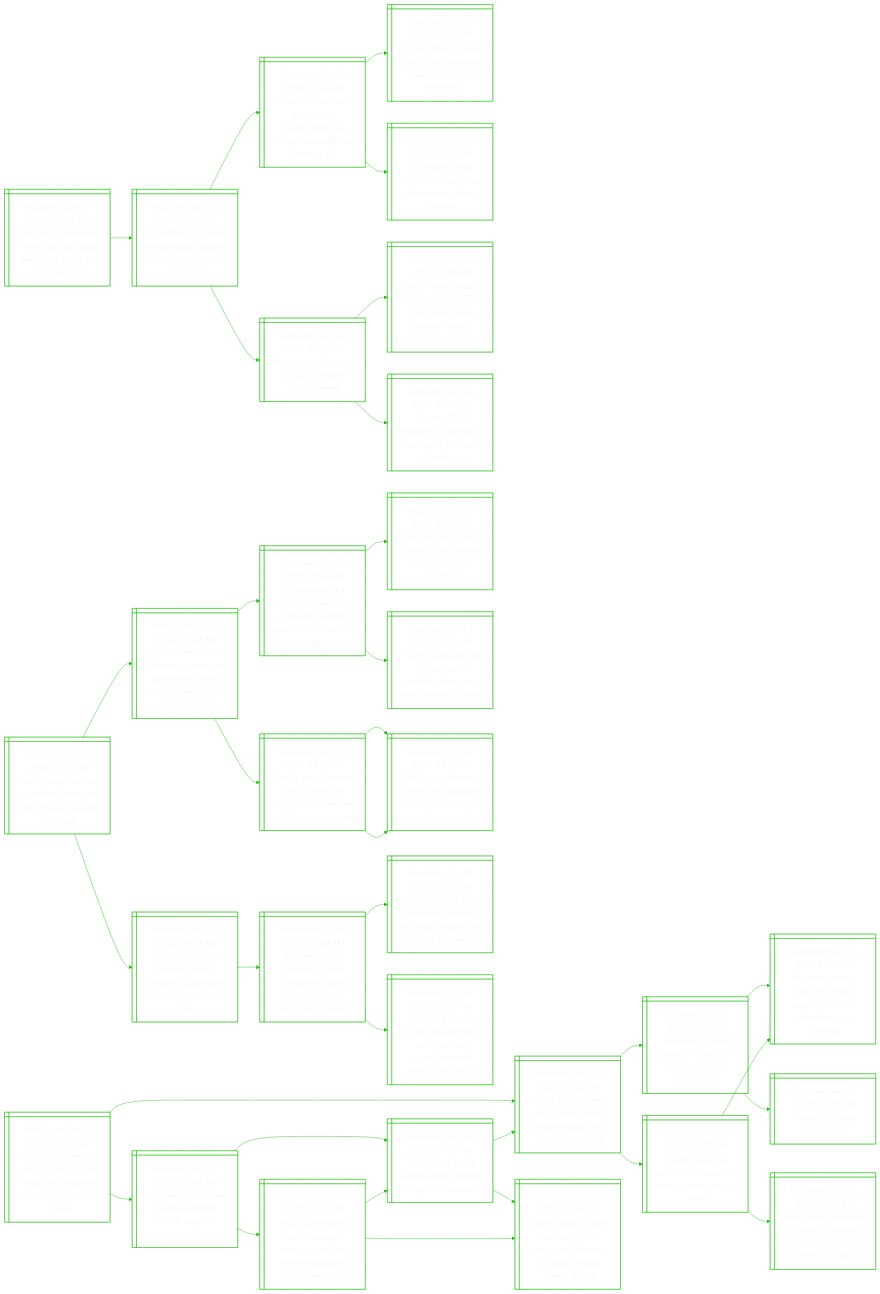
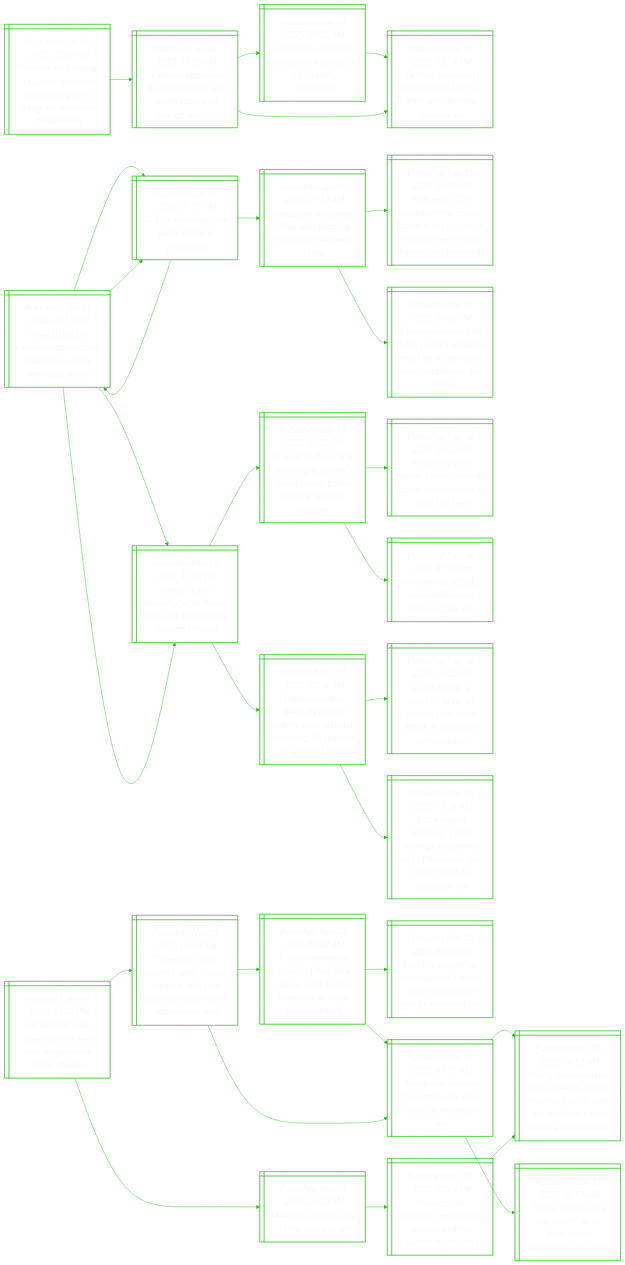
One commit to notJmes/notJmes changed the diagram in README.md. Above: the diagram before and after it, drawn with Mermaid. The commit also changed other lines of this file, not shown here.

````diff
--- a/README.md
+++ b/README.md
@@ -16,112 +16,100 @@
 flowchart LR
 classDef txtsize font-size:20px;
 
-UedIlbiecaoWie@{ shape: win-pane, label: "_Published Jan 01, 2026, 09:14 AM_
-Un chief condemns israeli law blocking electricity, water for unrwa facilities" }
-Udiarutahu@{ shape: win-pane, label: "_Published Dec 29, 2025, 07:26 PM_
-Us pledges $2.6b in humanitarian support to un after huge cuts in 2025" }
-Uwrgyeasuaaura@{ shape: win-pane, label: "_Published Feb 28, 2025, 01:14 AM_
-Usaid workers say goodbye to headquarters as trump drastically cuts foreign aid" }
-Taitahnetidr@{ shape: win-pane, label: "_Published Feb 27, 2025, 09:53 AM_
-Trump administration says it has cancelled most foreign aid contracts" }
-Uuoenidrpri@{ shape: win-pane, label: "_Published Jan 25, 2025, 03:12 AM_
-Us issues broad freeze on foreign aid after trump orders review" }
-Usierian@{ shape: win-pane, label: "_Published Dec 08, 2025, 01:06 PM_
-Un cuts its aid appeal for 2026 despite soaring need" }
-TfsoaeivtacWudfa@{ shape: win-pane, label: "_Published Dec 03, 2025, 03:40 PM_
-Tens of thousands of gazans need medical evacuation, says doctors without borders official" }
-UsloolAfoia@{ shape: win-pane, label: "_Published Dec 06, 2025, 01:00 AM_
-Us sets 2027 deadline for europe to lead nato defence, officials say" }
+Fesgueytliuieim@{ shape: win-pane, label: "_Published Jan 01, 2026, 02:30 PM_
+For vietnam’s young, favoured germany vocational path is fraught with greedy middlemen" }
+Vardinlaclone@{ shape: win-pane, label: "_Published Jul 02, 2025, 10:55 AM_
+Vietnam approves dual citizenship law to attract skilled foreign workers" }
+Vapdpysiuit@{ shape: win-pane, label: "_Published Apr 10, 2025, 09:25 AM_
+Vietnam’s expanded visa policy a boost for its tourism, investment" }
+Vautroofattyy@{ shape: win-pane, label: "_Published Feb 28, 2025, 12:14 PM_
+Vietnam to support deportations from us after tariff threats, lawyer says" }
+Vautroofattyy@{ shape: win-pane, label: "_Published Feb 28, 2025, 12:14 PM_
+Vietnam to support deportations from us after tariff threats, lawyer says" }
 
-UedIlbiecaoWie:::txtsize --> Udiarutahu:::txtsize
-Udiarutahu:::txtsize --> Uwrgyeasuaaura:::txtsize
-Uwrgyeasuaaura:::txtsize --> Taitahnetidr:::txtsize
-Uwrgyeasuaaura:::txtsize --> Uuoenidrpri:::txtsize
-Udiarutahu:::txtsize --> Usierian:::txtsize
-Usierian:::txtsize --> TfsoaeivtacWudfa:::txtsize
-Usierian:::txtsize --> UsloolAfoia:::txtsize
+Fesgueytliuieim:::txtsize --> Vardinlaclone:::txtsize
+Vardinlaclone:::txtsize --> Vapdpysiuit:::txtsize
+Vapdpysiuit:::txtsize --> Vautroofattyy:::txtsize
+Vardinlaclone:::txtsize --> Vautroofattyy:::txtsize
 
-TsaarnoriLPa@{ shape: win-pane, label: "_Published Jan 01, 2026, 08:10 AM_
-Trump says national guard being removed from chicago, la and portland" }
-Taiteeiwniinorem@{ shape: win-pane, label: "_Published Oct 06, 2025, 12:28 AM_
-Trump administration declares us cities war zones amid rising tension over troop deployment" }
-UgcuemfoiGttfw@{ shape: win-pane, label: "_Published Oct 05, 2025, 09:28 AM_
-Us judge blocks trump’s deployment of oregon national guard to portland for now" }
-OntpplnStol@{ shape: win-pane, label: "_Published Sep 29, 2025, 07:15 AM_
-Oregon sues to stop trump’s deployment of us military to portland" }
-Twtfattaawrtr@{ shape: win-pane, label: "_Published Oct 04, 2025, 09:32 AM_
-Trump wants to cut federal aid to portland as his anger with protesters grows" }
-BronomCgrtonpn@{ shape: win-pane, label: "_Published Oct 05, 2025, 05:40 AM_
-Border patrol agents shoot woman in chicago as protesters confront ice personnel" }
-Pefttrshoatev@{ shape: win-pane, label: "_Published Oct 04, 2025, 03:30 AM_
-Police scuffle with protesters outside chicago ice facility, arrest several" }
-Pefttrshoatev@{ shape: win-pane, label: "_Published Oct 04, 2025, 03:30 AM_
-Police scuffle with protesters outside chicago ice facility, arrest several" }
-Uroespidyicrr@{ shape: win-pane, label: "_Published Dec 24, 2025, 06:14 AM_
-Us supreme court rejects trump’s military deployment in chicago area, for now" }
-NnaioraTcfiDrlr@{ shape: win-pane, label: "_Published Oct 09, 2025, 09:58 AM_
-National guard poised to enter chicago as trump calls for jailing democratic leaders" }
-TcfiDrlrrprCgln@{ shape: win-pane, label: "_Published Oct 08, 2025, 09:31 PM_
-Trump calls for jailing democratic leaders as troops prepare for chicago deployment" }
-TsanIroeahwhcce@{ shape: win-pane, label: "_Published Oct 08, 2025, 12:02 AM_
-Trump’s threat to invoke insurrection act escalates showdown with democratic cities" }
+Sadpowkownto@{ shape: win-pane, label: "_Published Jan 01, 2026, 02:15 PM_
+Several dead in explosion at swiss ski resort town crans montana: police" }
+ieerychp@{ shape: win-pane, label: "_Published Jan 01, 2026, 01:59 PM_
+22 injured in new year party attack in philippines" }
+Sadpowkownto@{ shape: win-pane, label: "_Published Jan 01, 2026, 02:15 PM_
+Several dead in explosion at swiss ski resort town crans montana: police" }
+ieerychp@{ shape: win-pane, label: "_Published Jan 01, 2026, 01:59 PM_
+22 injured in new year party attack in philippines" }
+BBsiaaoeoevod@{ shape: win-pane, label: "_Published Dec 19, 2025, 11:05 PM_
+Bondi beach shooting: what it says about the terror threat moving forward" }
+Speehlirane@{ shape: win-pane, label: "_Published Jan 01, 2026, 01:13 AM_
+Singapore welcomes 2026 with dazzling fireworks, heartland cheer" }
+Nanniocosniyaeo@{ shape: win-pane, label: "_Published Dec 31, 2025, 08:06 PM_
+New year 2026 countdowns: police close access to areas around marina bay, kallang due to crowds" }
+SemwrybrdapiW@{ shape: win-pane, label: "_Published Dec 31, 2025, 06:00 PM_
+S’pore economy grew 4.8% in 2025, strategy must be refreshed to stay competitive: pm wong" }
+BBsiaaoeoevod@{ shape: win-pane, label: "_Published Dec 19, 2025, 11:05 PM_
+Bondi beach shooting: what it says about the terror threat moving forward" }
+Asdrttenaleeoie@{ shape: win-pane, label: "_Published Dec 14, 2025, 04:30 PM_
+At least 16 dead after shooting at sydney’s bondi beach; police declare ‘terrorist incident’" }
+Prolmnnaogee@{ shape: win-pane, label: "_Published Dec 14, 2025, 08:54 PM_
+Passer-by who tackled armed man at bondi beach shooting hailed as hero" }
+AeccAaitfw@{ shape: win-pane, label: "_Published Dec 14, 2025, 07:28 PM_
+Anti-semitic attacks in australia since start of gaza war" }
+Frueynnoehnrioa@{ shape: win-pane, label: "_Published Dec 15, 2025, 05:14 AM_
+Father-son duo allegedly behind sydney’s bondi beach shooting; 10-year-old girl among 16 dead" }
+Aolaaunoaksina@{ shape: win-pane, label: "_Published Dec 14, 2025, 10:50 PM_
+‘an act of evil’: at least 16 dead, 40 injured in terrorist attack at australia’s bondi beach" }
+BBsioryeceiWrtta@{ shape: win-pane, label: "_Published Dec 15, 2025, 12:18 AM_
+Bondi beach shooting: s’pore strongly condemns act of terrorism, pm wong writes to australian pm" }
 
-TsaarnoriLPa:::txtsize --> Taiteeiwniinorem:::txtsize
-Taiteeiwniinorem:::txtsize --> UgcuemfoiGttfw:::txtsize
-UgcuemfoiGttfw:::txtsize --> OntpplnStol:::txtsize
-UgcuemfoiGttfw:::txtsize --> Twtfattaawrtr:::txtsize
-Taiteeiwniinorem:::txtsize --> BronomCgrtonpn:::txtsize
-BronomCgrtonpn:::txtsize --> Pefttrshoatev:::txtsize
-BronomCgrtonpn:::txtsize --> Pefttrshoatev:::txtsize
-TsaarnoriLPa:::txtsize --> Uroespidyicrr:::txtsize
-Uroespidyicrr:::txtsize --> NnaioraTcfiDrlr:::txtsize
-NnaioraTcfiDrlr:::txtsize --> TcfiDrlrrprCgln:::txtsize
-NnaioraTcfiDrlr:::txtsize --> TsanIroeahwhcce:::txtsize
+Sadpowkownto:::txtsize --> ieerychp:::txtsize
+ieerychp:::txtsize --> Sadpowkownto:::txtsize
+Sadpowkownto:::txtsize --> ieerychp:::txtsize
+Sadpowkownto:::txtsize --> BBsiaaoeoevod:::txtsize
+ieerychp:::txtsize --> Speehlirane:::txtsize
+Speehlirane:::txtsize --> Nanniocosniyaeo:::txtsize
+Speehlirane:::txtsize --> SemwrybrdapiW:::txtsize
+Sadpowkownto:::txtsize --> BBsiaaoeoevod:::txtsize
+BBsiaaoeoevod:::txtsize --> Asdrttenaleeoie:::txtsize
+Asdrttenaleeoie:::txtsize --> Prolmnnaogee:::txtsize
+Asdrttenaleeoie:::txtsize --> AeccAaitfw:::txtsize
+BBsiaaoeoevod:::txtsize --> Frueynnoehnrioa:::txtsize
+Frueynnoehnrioa:::txtsize --> Aolaaunoaksina:::txtsize
+Frueynnoehnrioa:::txtsize --> BBsioryeceiWrtta:::txtsize
 
-Unlyhtwealpnwu@{ shape: win-pane, label: "_Published Jan 01, 2026, 07:29 AM_
-Ukraine’s zelensky says he won’t sign weak deal that will only prolong war with russia" }
-Tskecrokutlyi@{ shape: win-pane, label: "_Published Dec 29, 2025, 07:03 AM_
-Trump says ukraine deal closer but no breakthrough after zelensky meeting" }
-Zsmrnirsrpp@{ shape: win-pane, label: "_Published Dec 28, 2025, 01:05 PM_
-Zelensky to meet trump in florida for talks on ukraine peace plan" }
-RanssdieZsue@{ shape: win-pane, label: "_Published Dec 27, 2025, 08:49 AM_
-Russian drones, missiles pound ukraine ahead of zelensky-trump meeting" }
-Tstia@{ shape: win-pane, label: "_Published Nov 21, 2025, 04:26 PM_
-Trump’s 28-point ukraine plan" }
-Tsadvkhnrem@{ shape: win-pane, label: "_Published Dec 29, 2025, 02:09 AM_
-Trump says has 'productive' talks with putin before zelensky meet" }
-RanssdieZsue@{ shape: win-pane, label: "_Published Dec 27, 2025, 08:49 AM_
-Russian drones, missiles pound ukraine ahead of zelensky-trump meeting" }
-Psuwcekebcyeaa@{ shape: win-pane, label: "_Published Dec 28, 2025, 02:34 AM_
-Putin says russia will achieve its ukraine aims by force if kyiv doesn’t want peace" }
-UnfasaeaPre@{ shape: win-pane, label: "_Published Jan 01, 2026, 06:04 AM_
-Ukraine, eu officials dismiss alleged attack on putin residence" }
-Tvnbldcure@{ shape: win-pane, label: "_Published Dec 30, 2025, 04:10 AM_
-Trump ‘very angry’ about alleged attack on putin’s residence" }
-RaUnaPsKahieiaf@{ shape: win-pane, label: "_Published Dec 29, 2025, 11:40 PM_
-Russia says ukraine attacked putin’s home; kyiv calls this a ‘lie’ undermining peace efforts" }
-Tskecrokutlyi@{ shape: win-pane, label: "_Published Dec 29, 2025, 07:03 AM_
-Trump says ukraine deal closer but no breakthrough after zelensky meeting" }
-Woouscttkecuen@{ shape: win-pane, label: "_Published Dec 30, 2025, 07:39 PM_
-What do we know about russia’s accusations that ukraine attacked putin residence?" }
-RaUnaPsKahieiaf@{ shape: win-pane, label: "_Published Dec 29, 2025, 11:40 PM_
-Russia says ukraine attacked putin’s home; kyiv calls this a ‘lie’ undermining peace efforts" }
-Tvnbldcure@{ shape: win-pane, label: "_Published Dec 30, 2025, 04:10 AM_
-Trump ‘very angry’ about alleged attack on putin’s residence" }
+LsdavNroemd@{ shape: win-pane, label: "_Published Jan 01, 2026, 01:57 PM_
+Leftist mamdani takes over as new york mayor under trump shadow" }
+TwruhoegNryrtad@{ shape: win-pane, label: "_Published Nov 22, 2025, 07:14 AM_
+Takeaways from trump’s white house meeting with new york city mayor-elect zohran mamdani" }
+TcncoYaloMnhoeg@{ shape: win-pane, label: "_Published Nov 22, 2025, 04:54 AM_
+Trump commends victory of new york mayor-elect zohran mamdani at white house meeting" }
+ThuMnlmenekmae@{ shape: win-pane, label: "_Published Nov 05, 2025, 02:15 PM_
+‘turn the volume up,’ mamdani tells trump after winning new york city mayoral race" }
+TarwsekaMn@{ shape: win-pane, label: "_Published Nov 12, 2025, 07:10 AM_
+Trump aides review funds for new york city after mamdani win" }
+TarwsekaMn@{ shape: win-pane, label: "_Published Nov 12, 2025, 07:10 AM_
+Trump aides review funds for new york city after mamdani win" }
+YMmnoihaiYilehpea@{ shape: win-pane, label: "_Published Nov 05, 2025, 10:55 AM_
+Young, muslim, asian and socialist: zohran mamdani’s new york win challenges both trump and democrats" }
+Tcsbcaomhwes@{ shape: win-pane, label: "_Published Nov 12, 2025, 06:55 AM_
+Trump claims ‘very big victory’ as us government shutdown vote nears" }
+Mntshul@{ shape: win-pane, label: "_Published Nov 07, 2025, 05:00 AM_
+Mamdani and the rise of the populist left" }
+HhaiTbdemek@{ shape: win-pane, label: "_Published Nov 05, 2025, 02:08 PM_
+How zohran mamdani beat trump-backed andrew cuomo in new york" }
+YMmnoihaiYilehpea@{ shape: win-pane, label: "_Published Nov 05, 2025, 10:55 AM_
+Young, muslim, asian and socialist: zohran mamdani’s new york win challenges both trump and democrats" }
 
-Unlyhtwealpnwu:::txtsize --> Tskecrokutlyi:::txtsize
-Tskecrokutlyi:::txtsize --> Zsmrnirsrpp:::txtsize
-Zsmrnirsrpp:::txtsize --> RanssdieZsue:::txtsize
-Zsmrnirsrpp:::txtsize --> Tstia:::txtsize
-Tskecrokutlyi:::txtsize --> Tsadvkhnrem:::txtsize
-Tsadvkhnrem:::txtsize --> RanssdieZsue:::txtsize
-Tsadvkhnrem:::txtsize --> Psuwcekebcyeaa:::txtsize
-Unlyhtwealpnwu:::txtsize --> UnfasaeaPre:::txtsize
-UnfasaeaPre:::txtsize --> Tvnbldcure:::txtsize
-Tvnbldcure:::txtsize --> RaUnaPsKahieiaf:::txtsize
-Tvnbldcure:::txtsize --> Tskecrokutlyi:::txtsize
-UnfasaeaPre:::txtsize --> Woouscttkecuen:::txtsize
-Woouscttkecuen:::txtsize --> RaUnaPsKahieiaf:::txtsize
-Woouscttkecuen:::txtsize --> Tvnbldcure:::txtsize
+LsdavNroemd:::txtsize --> TwruhoegNryrtad:::txtsize
+TwruhoegNryrtad:::txtsize --> TcncoYaloMnhoeg:::txtsize
+TcncoYaloMnhoeg:::txtsize --> ThuMnlmenekmae:::txtsize
+TcncoYaloMnhoeg:::txtsize --> TarwsekaMn:::txtsize
+TwruhoegNryrtad:::txtsize --> TarwsekaMn:::txtsize
+TarwsekaMn:::txtsize --> YMmnoihaiYilehpea:::txtsize
+TarwsekaMn:::txtsize --> Tcsbcaomhwes:::txtsize
+LsdavNroemd:::txtsize --> Mntshul:::txtsize
+Mntshul:::txtsize --> HhaiTbdemek:::txtsize
+HhaiTbdemek:::txtsize --> YMmnoihaiYilehpea:::txtsize
 
 ```
````
